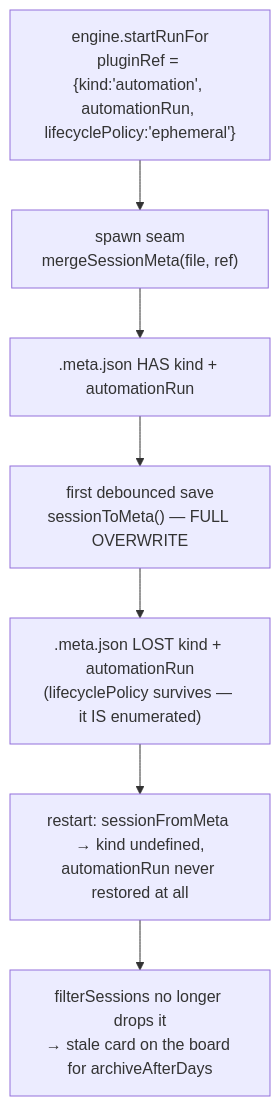
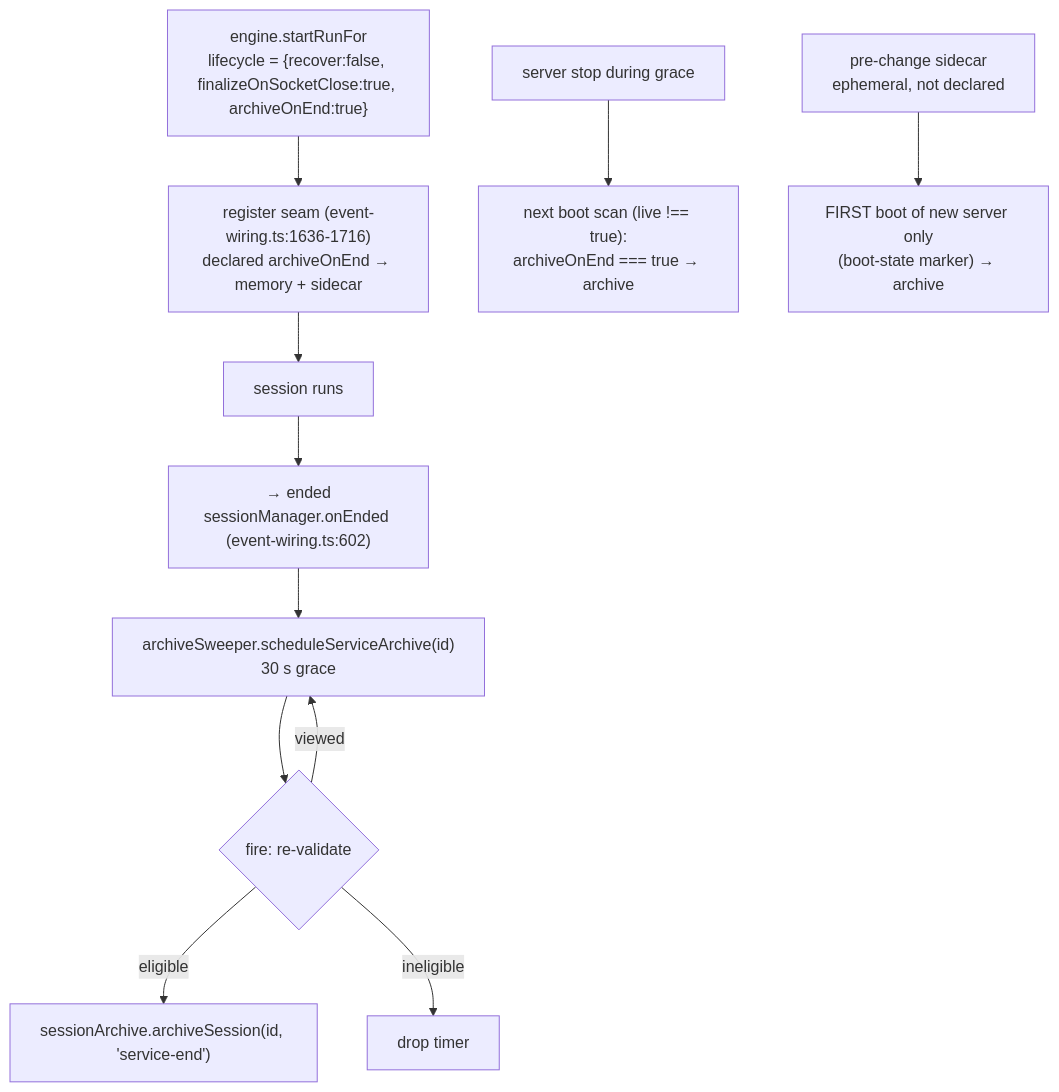
Before and after one commit to BlackBeltTechnology/pi-agent-dashboard: the diagram in openspec/changes/archive-service-sessions-on-end/design.md, drawn with Mermaid. The commit also changed other lines of this file and 7 other files, not shown here.

First line of the commit message:
plan(archive-service-sessions-on-end): tasks, test plan, doubt-review revisions

````diff
--- a/openspec/changes/archive-service-sessions-on-end/design.md
+++ b/openspec/changes/archive-service-sessions-on-end/design.md
@@ -7,9 +10,13 @@
 ```mermaid
 flowchart TD
-  A["engine.startRunFor<br/>pluginRef = {kind:'automation', automationRun, lifecyclePolicy:'ephemeral'}"] --> B["spawn seam<br/>mergeSessionMeta(file, ref)"]
-  B --> C[".meta.json HAS kind + automationRun"]
-  C --> D["first debounced save<br/>sessionToMeta() — FULL OVERWRITE"]
-  D --> E[".meta.json LOST kind + automationRun<br/>(lifecyclePolicy survives — it IS enumerated)"]
-  E --> F["restart: sessionFromMeta → kind undefined,<br/>automationRun never restored at all"]
-  F --> G["filterSessions no longer drops it<br/>→ stale card on the board for archiveAfterDays"]
+  A["engine.startRunFor<br/>lifecycle = {recover:false, finalizeOnSocketClose:true, archiveOnEnd:true}"] --> B["register seam (event-wiring.ts:1636-1716)<br/>declared archiveOnEnd → memory + sidecar"]
+  B --> C["session runs"]
+  C --> D["→ ended<br/>sessionManager.onEnded (event-wiring.ts:602)"]
+  D --> E["archiveSweeper.scheduleServiceArchive(id)<br/>30 s grace"]
+  E --> F{"fire: re-validate"}
+  F -- "viewed" --> E
+  F -- "eligible" --> G["sessionArchive.archiveSession(id, 'service-end')"]
+  F -- "ineligible" --> H["drop timer"]
+  I["server stop during grace"] --> J["next boot scan (live !== true):<br/>archiveOnEnd === true → archive"]
+  K["pre-change sidecar<br/>ephemeral, not declared"] --> L["FIRST boot of new server only<br/>(boot-state marker) → archive"]
 ```
````
